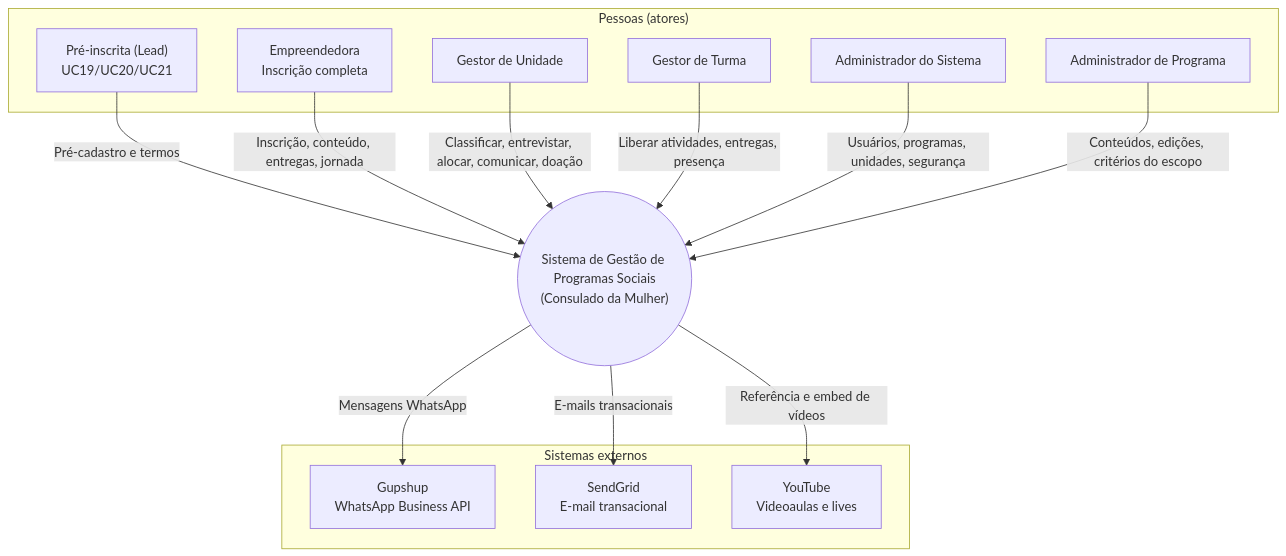
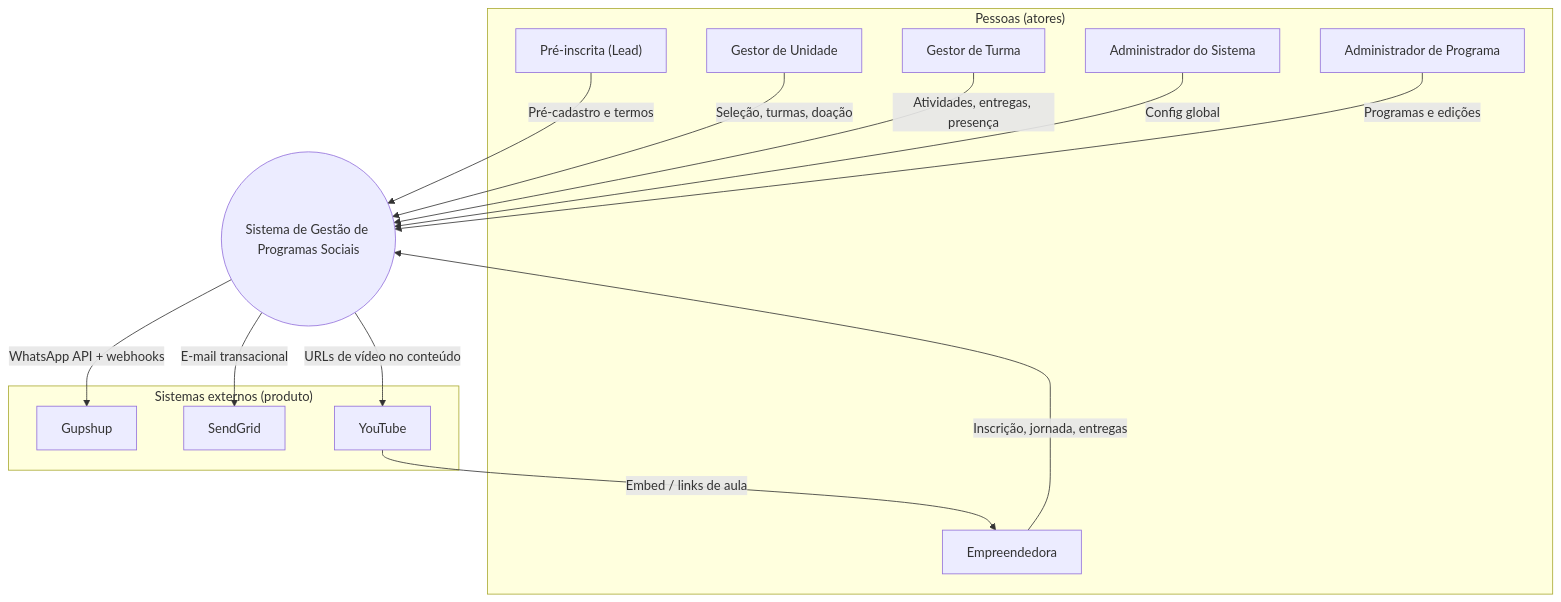
Before and after one commit to luciorogeriosp/cm_documentacao: the first of 2 diagrams in docs/arquitetura/c4/nivel1/c4-nivel1-contexto.md, drawn with Mermaid. The commit also changed other lines of this file and 34 other files, not shown here.

First line of the commit message:
docs(architecture): revalidate C4 diagrams against homolog stack

````diff
--- a/docs/arquitetura/c4/nivel1/c4-nivel1-contexto.md
+++ b/docs/arquitetura/c4/nivel1/c4-nivel1-contexto.md
@@ -14,30 +15,31 @@
 ```mermaid
 flowchart TB
   subgraph Pessoas["Pessoas (atores)"]
-    leadPerson["Pré-inscrita (Lead)<br/>UC19/UC20/UC21"]
-    empreendedora["Empreendedora<br/>Inscrição completa"]
+    leadPerson["Pré-inscrita (Lead)"]
+    empreendedora["Empreendedora"]
     gestorUnidade["Gestor de Unidade"]
     gestorTurma["Gestor de Turma"]
     adminSistema["Administrador do Sistema"]
     adminPrograma["Administrador de Programa"]
   end
 
-  sistema(("Sistema de Gestão de Programas Sociais<br/>(Consulado da Mulher)"))
+  sistema(("Sistema de Gestão de Programas Sociais"))
 
-  subgraph Externos["Sistemas externos"]
-    gupshup["Gupshup<br/>WhatsApp Business API"]
-    sendgrid["SendGrid<br/>E-mail transacional"]
-    youtube["YouTube<br/>Videoaulas e lives"]
+  subgraph Externos["Sistemas externos (produto)"]
+    gupshup["Gupshup"]
+    sendgrid["SendGrid"]
+    youtube["YouTube"]
   end
 
   leadPerson -->|Pré-cadastro e termos| sistema
-  empreendedora -->|Inscrição, conteúdo, entregas, jornada| sistema
-  gestorUnidade -->|Classificar, entrevistar, alocar, comunicar, doação| sistema
-  gestorTurma -->|Liberar atividades, entregas, presença| sistema
-  adminSistema -->|Usuários, programas, unidades, segurança| sistema
-  adminPrograma -->|Conteúdos, edições, critérios do escopo| sistema
+  empreendedora -->|Inscrição, jornada, entregas| sistema
+  gestorUnidade -->|Seleção, turmas, doação| sistema
+  gestorTurma -->|Atividades, entregas, presença| sistema
+  adminSistema -->|Config global| sistema
+  adminPrograma -->|Programas e edições| sistema
 
-  sistema -->|Mensagens WhatsApp| gupshup
-  sistema -->|E-mails transacionais| sendgrid
-  sistema -->|Referência e embed de vídeos| youtube
+  sistema -->|WhatsApp API + webhooks| gupshup
+  sistema -->|E-mail transacional| sendgrid
+  youtube -->|Embed / links de aula| empreendedora
+  sistema -->|URLs de vídeo no conteúdo| youtube
 ```
````
